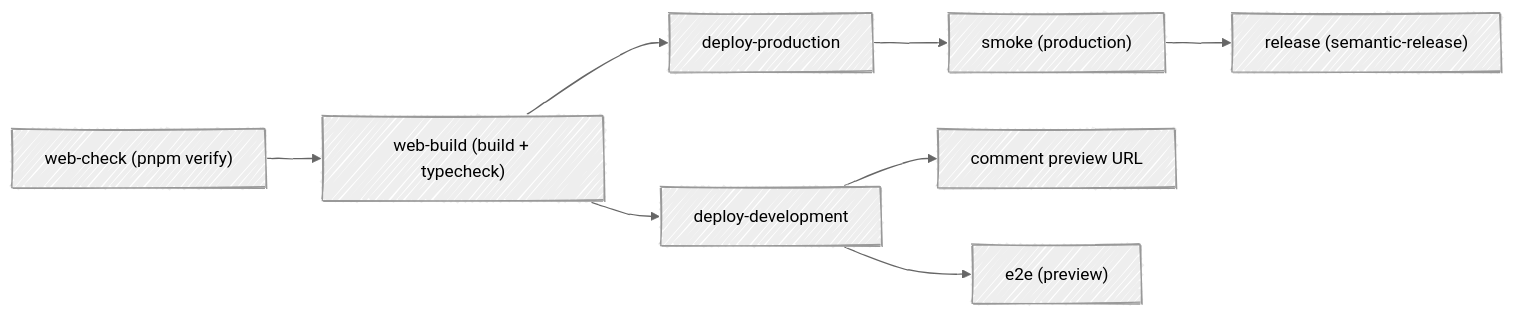
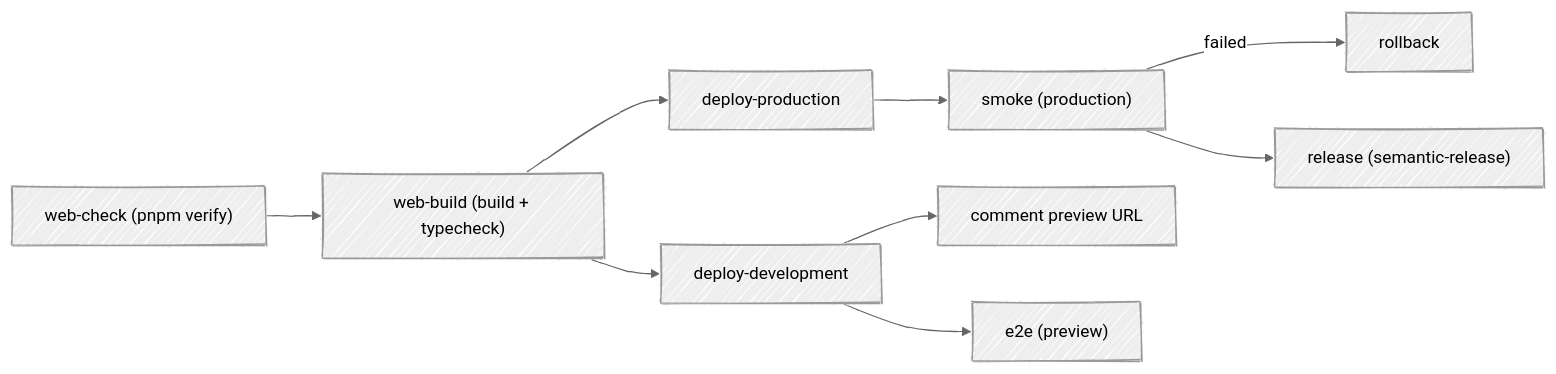
One commit to fbuireu/contribKit changed the first of 3 diagrams in docs/wiki/CI-CD.md. Above: the diagram before and after it, drawn with Mermaid. The commit also changed other lines of this file, not shown here.

Commit message:
docs(wiki): put rollback in the pipeline description
The previous commit added the job and the root guide's paragraph and
left the wiki describing a graph that ends at release. The job list and
the flowchart both carry it now.

````diff
--- a/docs/wiki/CI-CD.md
+++ b/docs/wiki/CI-CD.md
@@ -31,15 +31,16 @@
 ```mermaid
 ---
 config:
   look: handDrawn
   theme: neutral
 ---
 flowchart LR
   check["web-check (pnpm verify)"] --> build["web-build (build + typecheck)"]
   build --> prod["deploy-production"]
   build --> dev["deploy-development"]
   prod --> smoke["smoke (production)"]
+  smoke -->|failed| back["rollback"]
   smoke --> rel["release (semantic-release)"]
   dev --> comment["comment preview URL"]
   dev --> e2e["e2e (preview)"]
 ```
````
